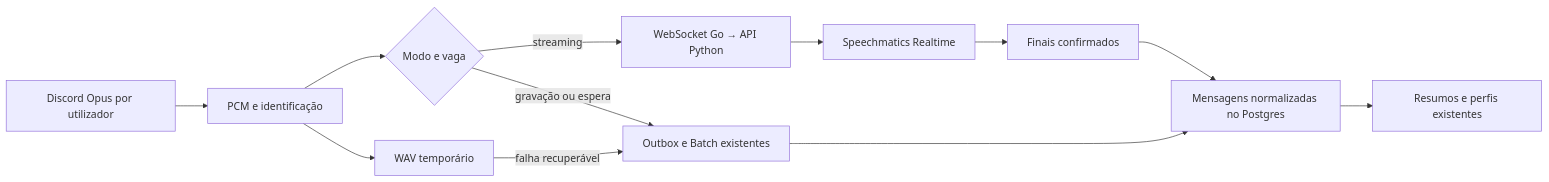
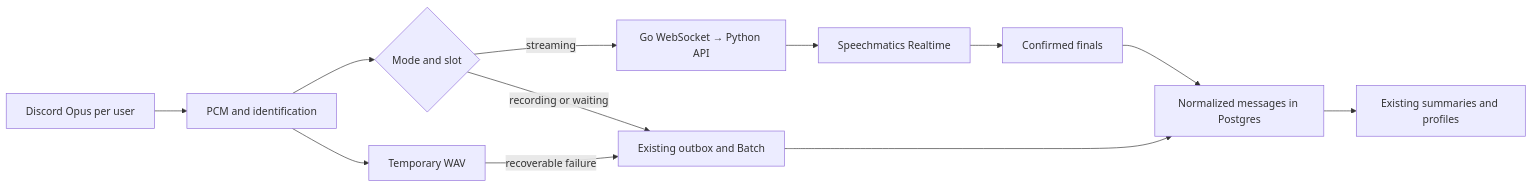
One commit to Maruqes/2026-ei-aoopii-c02 changed the diagram in plan/speechmatics-streaming.md. Above: the diagram before and after it, drawn with Mermaid. The commit also changed other lines of this file and 55 other files, not shown here.

````diff
--- a/plan/speechmatics-streaming.md
+++ b/plan/speechmatics-streaming.md
@@ -60,14 +60,14 @@
 ```mermaid
 flowchart LR
-    D[Discord Opus por utilizador] --> P[PCM e identificação]
-    P --> W[WAV temporário]
-    P --> R{Modo e vaga}
-    R -->|streaming| G[WebSocket Go → API Python]
+    D[Discord Opus per user] --> P[PCM and identification]
+    P --> W[Temporary WAV]
+    P --> R{Mode and slot}
+    R -->|streaming| G[Go WebSocket → Python API]
     G --> S[Speechmatics Realtime]
-    S --> F[Finais confirmados]
-    R -->|gravação ou espera| B[Outbox e Batch existentes]
-    W -->|falha recuperável| B
-    F --> DB[Mensagens normalizadas no Postgres]
+    S --> F[Confirmed finals]
+    R -->|recording or waiting| B[Existing outbox and Batch]
+    W -->|recoverable failure| B
+    F --> DB[Normalized messages in Postgres]
     B --> DB
-    DB --> L[Resumos e perfis existentes]
+    DB --> L[Existing summaries and profiles]
 ```
````
